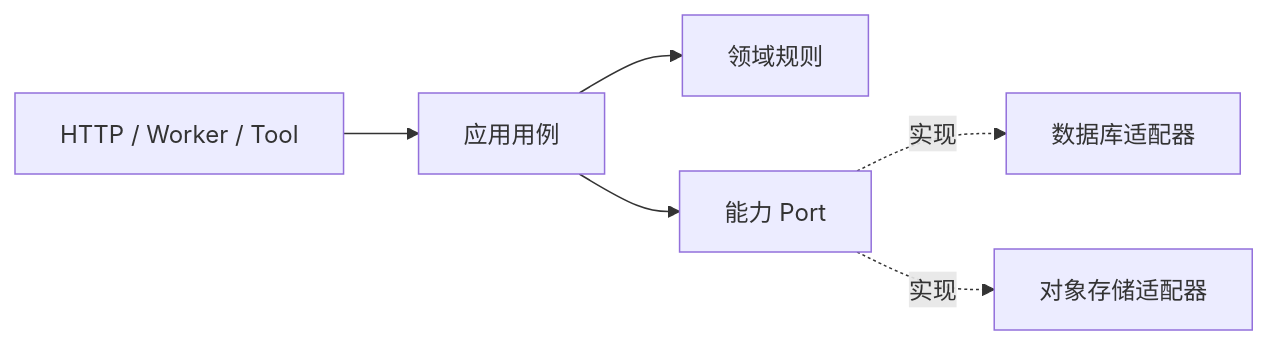
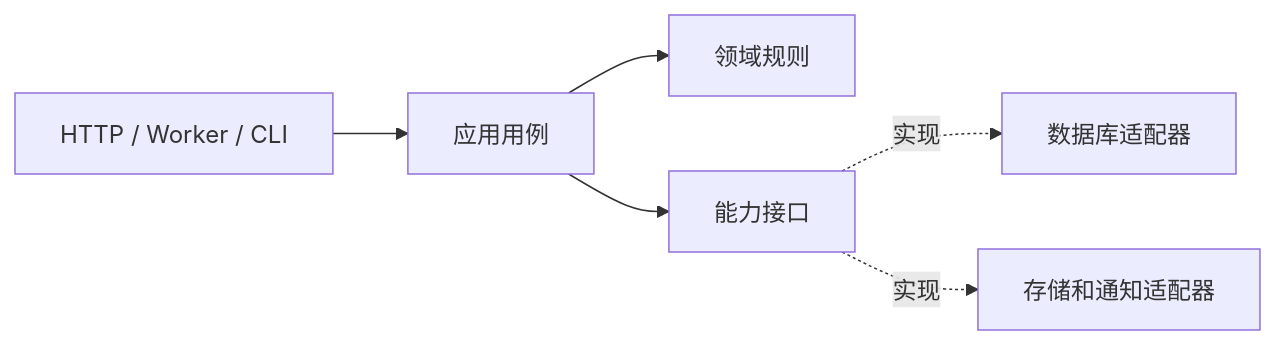
Before and after one commit to upJiang/jiang-blog-vitepress: the second of 2 diagrams in docs/architecture/layered-boundaries.md, drawn with Mermaid. The commit also changed other lines of this file and 142 other files, not shown here.

````diff
--- a/docs/architecture/layered-boundaries.md
+++ b/docs/architecture/layered-boundaries.md
@@ -22,8 +41,8 @@
 ```mermaid
 flowchart LR
-  H[HTTP / Worker / Tool] --> A[应用用例]
+  I[HTTP / Worker / CLI] --> A[应用用例]
   A --> D[领域规则]
-  A --> P[能力 Port]
-  P -. 实现 .-> DB[数据库适配器]
-  P -. 实现 .-> O[对象存储适配器]
+  A --> P[能力接口]
+  P -.实现.-> DB[数据库适配器]
+  P -.实现.-> S[存储和通知适配器]
 ```
````
